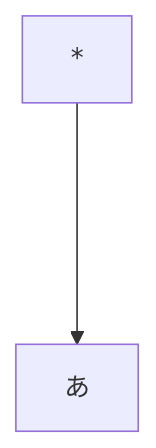
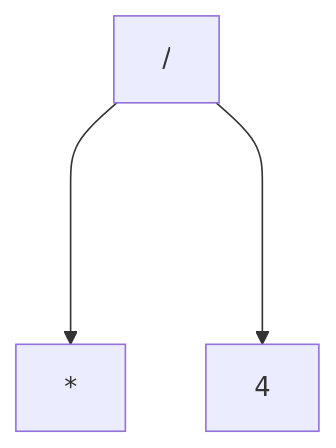
One commit to MathotaGamma/MathotaGamma.github.io changed the diagram in document/math-expression-parser.md. Above: the diagram before and after it, drawn with Mermaid. The commit also changed other lines of this file, not shown here.

````diff
--- a/document/math-expression-parser.md
+++ b/document/math-expression-parser.md
@@ -316,5 +316,6 @@
 ```mermaid
 flowchart TD
-  A["*"]
-  A ----> B["あ"]
+  A["/"]
+  A ----> B["*"]
+  A ----> C["4"]
 ```
````
